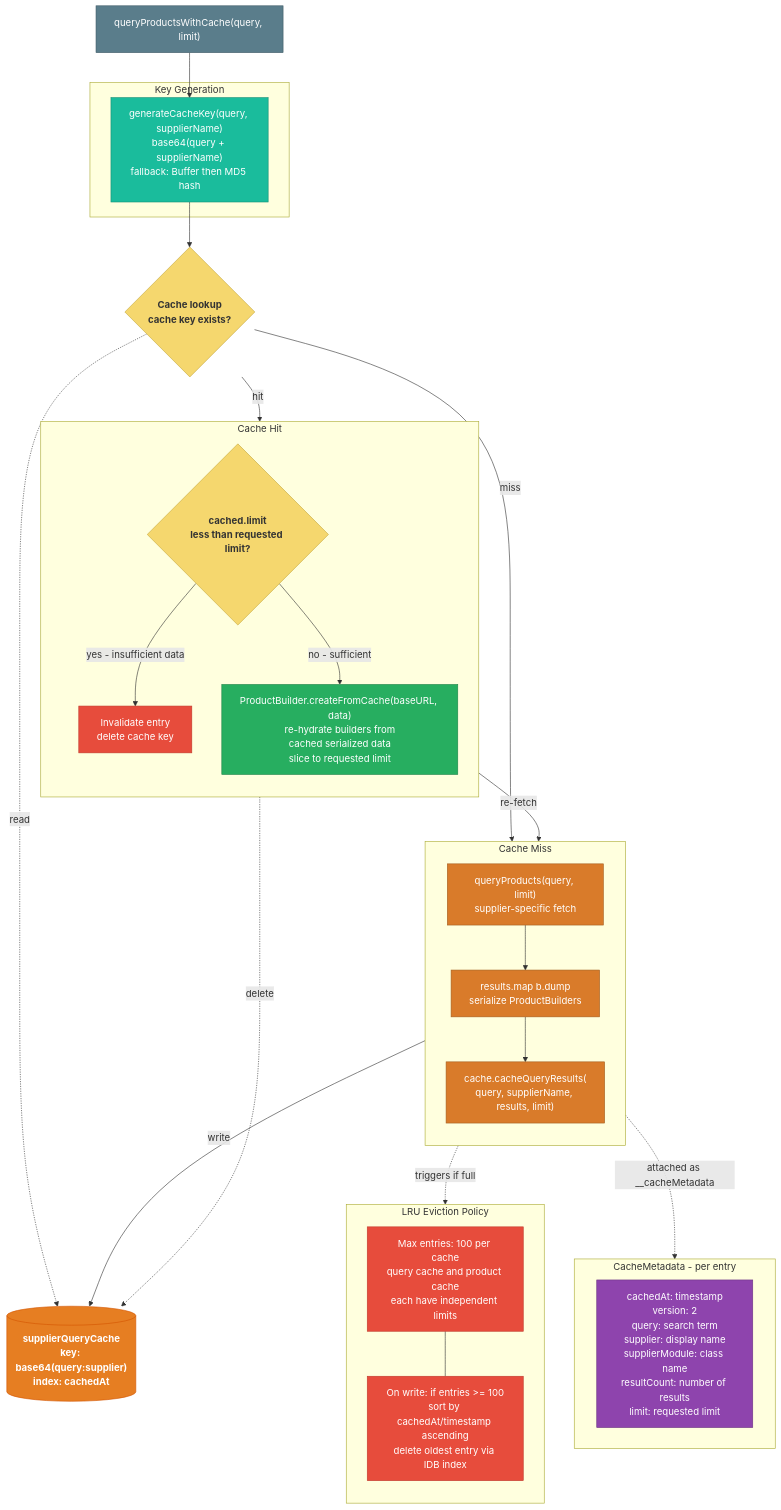
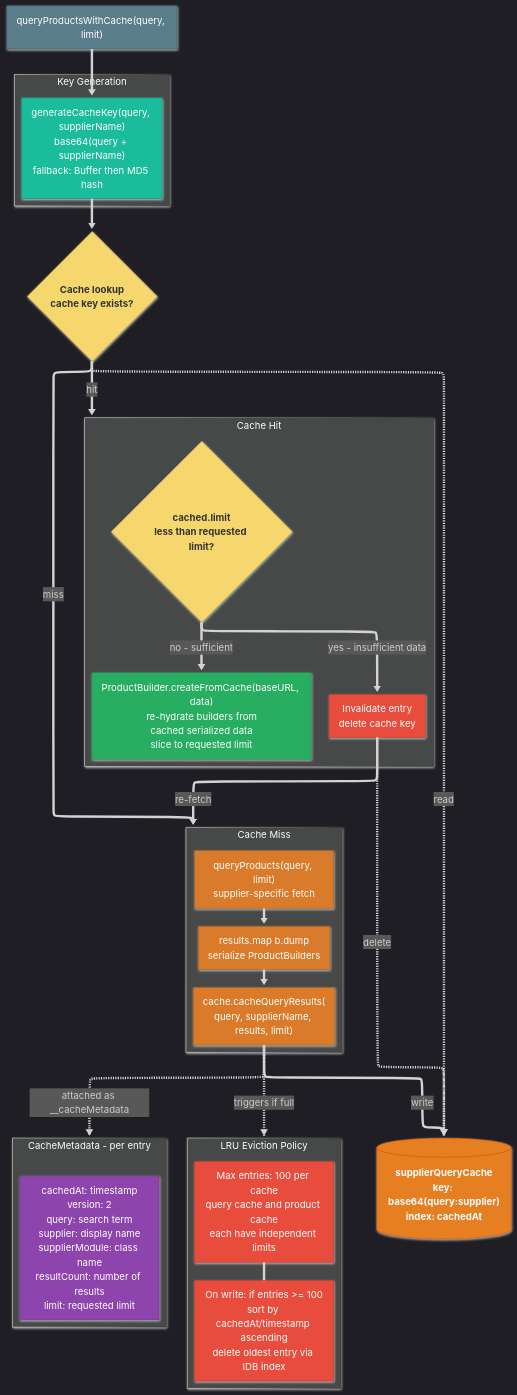
The second of 4 diagrams in pages/diagrams/search-cache-flow.md (jhyland87/chem-pal), drawn with Mermaid before and after one commit. The commit also changed other lines of this file and 3 other files, not shown here.

````diff
--- a/pages/diagrams/search-cache-flow.md
+++ b/pages/diagrams/search-cache-flow.md
@@ -53,5 +54,24 @@
 ```mermaid
+---
+config:
+  layout: elk
+  htmlLabels: true
+  markdownAutoWrap: true
+  look: neo
+  theme: dark
+  elk:
+    mergeEdges: true
+    nodePlacementStrategy: BRANDES_KOEPF
+  flowchart:
+    curve: basis
+---
+%% nodePlacementStrategies: SIMPLE, NETWORK_SIMPLEX, LINEAR_SEGMENTS, BRANDES_KOEPF
+%% layouts: elk, dagre
+%% theme: default, dark, forest, neutral
+%% looks: handDrawn, classic, neo
+%% flowchart.curves: basis, bumpX, bumpY, cardinal, catmullRom, linear, monotoneX, monotoneY, natural, step, stepAfter, and stepBefore.
 flowchart TB
+linkStyle default stroke-width:4px;
 classDef init fill:#4A90D9,stroke:#2C5F8A,color:#fff,font-weight:bold
 classDef idb fill:#E67E22,stroke:#D35400,color:#fff,font-weight:bold
 classDef cacheFlow fill:#5A7D8B,stroke:#3E5A66,color:#fff
````
